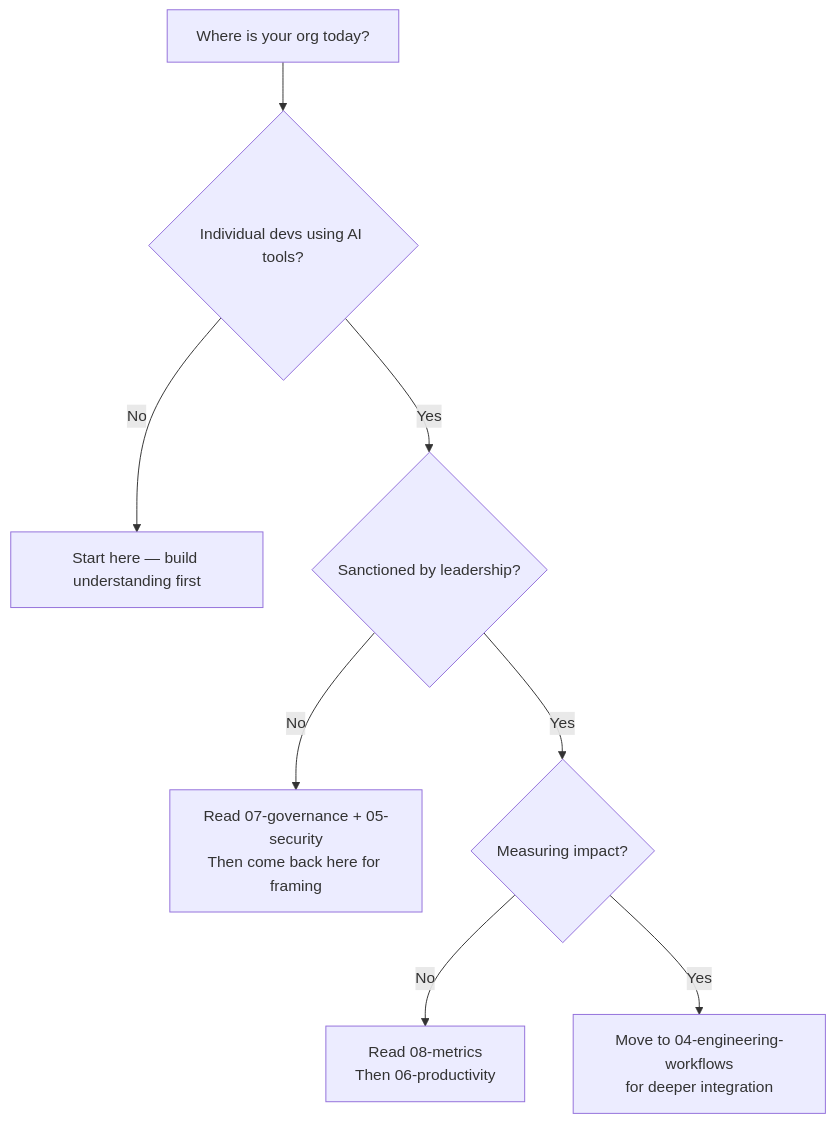
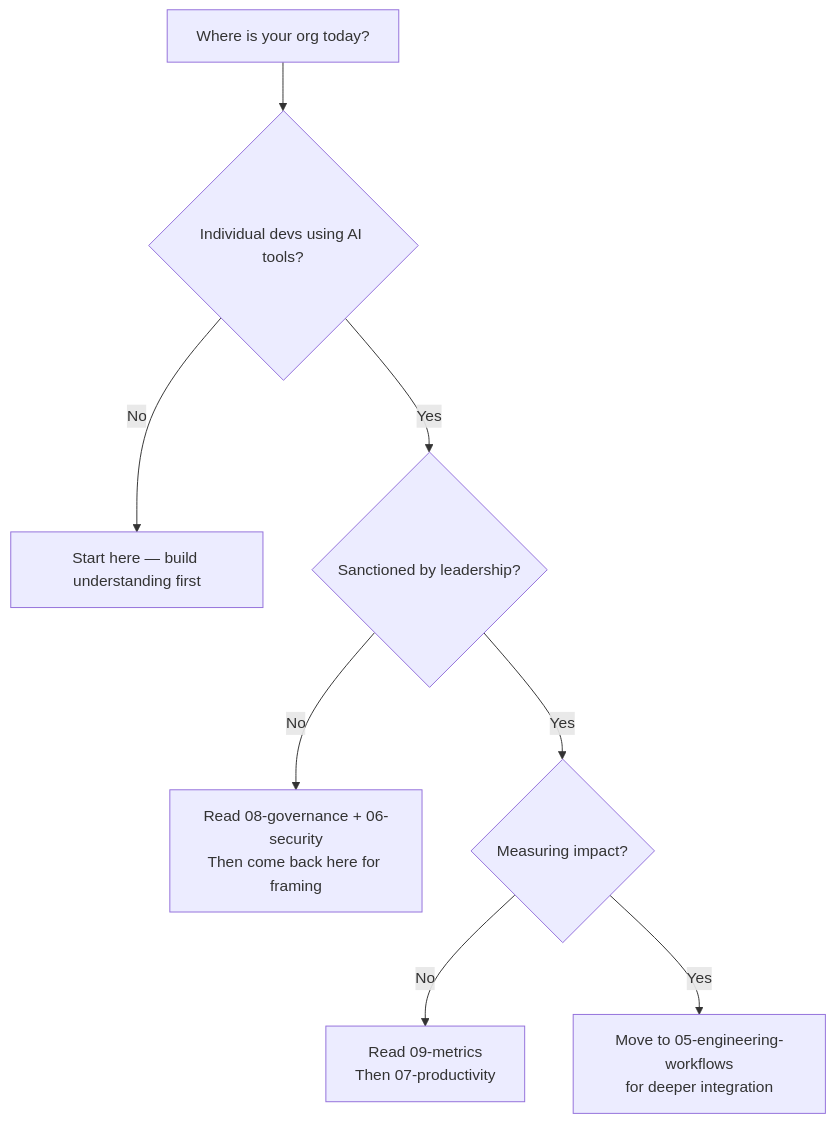
The diagram in 01-foundations/README.md (bernardmendonca/ai-engineering-playbook), drawn with Mermaid before and after one commit. The commit also changed other lines of this file and 72 other files, not shown here.

````diff
--- a/01-foundations/README.md
+++ b/01-foundations/README.md
@@ -34,10 +50,10 @@
 ```mermaid
 flowchart TD
     A[Where is your org today?] --> B{Individual devs using AI tools?}
     B -->|No| C[Start here — build understanding first]
     B -->|Yes| D{Sanctioned by leadership?}
-    D -->|No| E[Read 07-governance + 05-security<br/>Then come back here for framing]
+    D -->|No| E[Read 08-governance + 06-security<br/>Then come back here for framing]
     D -->|Yes| F{Measuring impact?}
-    F -->|No| G[Read 08-metrics<br/>Then 06-productivity]
-    F -->|Yes| H[Move to 04-engineering-workflows<br/>for deeper integration]
+    F -->|No| G[Read 09-metrics<br/>Then 07-productivity]
+    F -->|Yes| H[Move to 05-engineering-workflows<br/>for deeper integration]
 ```
````
